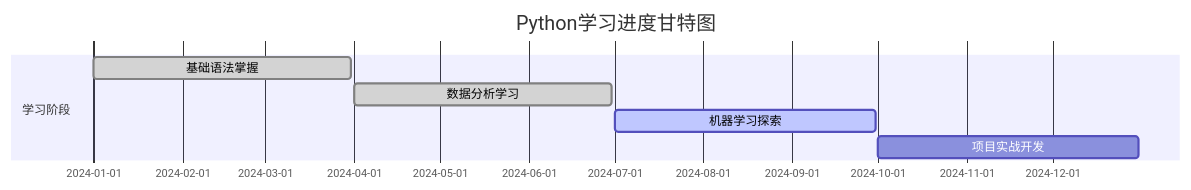
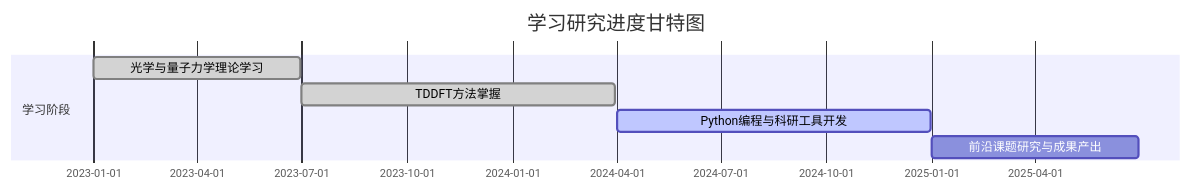
Before and after one commit to ngaodut/ngaodut: the second of 3 diagrams in README.md, drawn with Mermaid. The commit also changed other lines of this file, not shown here.

````diff
--- a/README.md
+++ b/README.md
@@ -30,10 +23,10 @@
 ```mermaid
 gantt
-    title Python学习进度甘特图
+    title 学习研究进度甘特图
     dateFormat  YYYY-MM-DD
     section 学习阶段
-    基础语法掌握      :done, 2024-01-01, 2024-03-31
-    数据分析学习      :done, 2024-04-01, 2024-06-30
-    机器学习探索      :active, 2024-07-01, 2024-09-30
-    项目实战开发      :         2024-10-01, 2024-12-31
+    光学与量子力学理论学习      :done, 2023-01-01, 2023-06-30
+    TDDFT方法掌握      :done, 2023-07-01, 2024-03-31
+    Python编程与科研工具开发   :active, 2024-04-01, 2024-12-31
+    前沿课题研究与成果产出     :         2025-01-01, 2025-06-30
 ```
````
